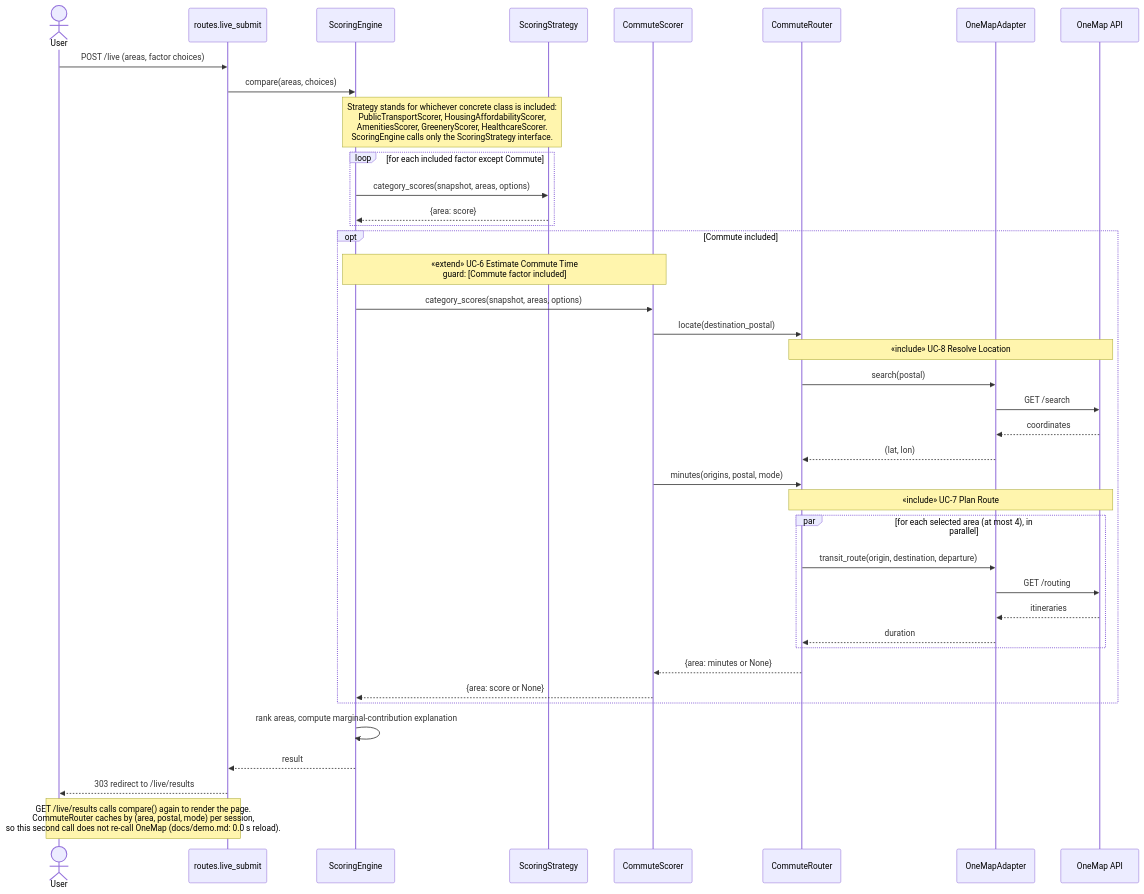
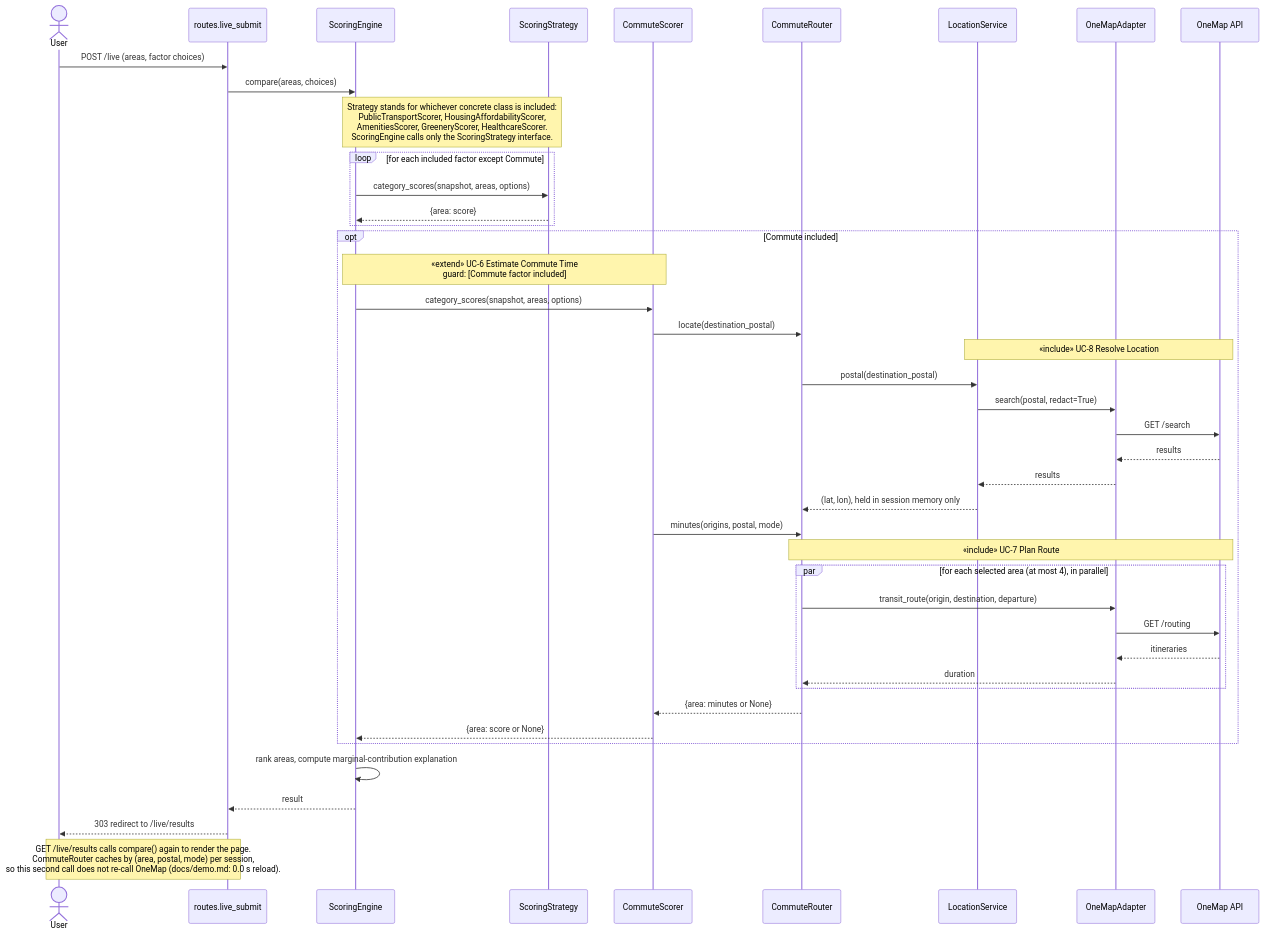
The first of 3 diagrams in docs/sequence-diagrams.md (sarthaksinha2201/SC2006_SoftwareEngineering_Project), drawn with Mermaid before and after one commit. The commit also changed other lines of this file and 13 other files, not shown here.

First line of the commit message:
Fix review findings on main: tooltip XSS, Telegram outage crash, diagrams, messages

````diff
--- a/docs/sequence-diagrams.md
+++ b/docs/sequence-diagrams.md
@@ -18,49 +19,52 @@
 ```mermaid
 sequenceDiagram
     actor User
     participant Routes as routes.live_submit
     participant Engine as ScoringEngine
     participant Strategy as ScoringStrategy
     participant Comm as CommuteScorer
     participant Router as CommuteRouter
+    participant Loc as LocationService
     participant OneMap as OneMapAdapter
     participant API as OneMap API
 
     User->>Routes: POST /live (areas, factor choices)
     Routes->>Engine: compare(areas, choices)
 
     Note over Engine,Strategy: Strategy stands for whichever concrete class is included:<br/>PublicTransportScorer, HousingAffordabilityScorer,<br/>AmenitiesScorer, GreeneryScorer, HealthcareScorer.<br/>ScoringEngine calls only the ScoringStrategy interface.
     loop for each included factor except Commute
         Engine->>Strategy: category_scores(snapshot, areas, options)
         Strategy-->>Engine: {area: score}
     end
 
     opt Commute included
         Note over Engine,Comm: «extend» UC-6 Estimate Commute Time<br/>guard: [Commute factor included]
         Engine->>Comm: category_scores(snapshot, areas, options)
 
         Comm->>Router: locate(destination_postal)
-        Note over Router,API: «include» UC-8 Resolve Location
-        Router->>OneMap: search(postal)
+        Note over Loc,API: «include» UC-8 Resolve Location
+        Router->>Loc: postal(destination_postal)
+        Loc->>OneMap: search(postal, redact=True)
         OneMap->>API: GET /search
-        API-->>OneMap: coordinates
-        OneMap-->>Router: (lat, lon)
+        API-->>OneMap: results
+        OneMap-->>Loc: results
+        Loc-->>Router: (lat, lon), held in session memory only
 
         Comm->>Router: minutes(origins, postal, mode)
         Note over Router,API: «include» UC-7 Plan Route
         par for each selected area (at most 4), in parallel
             Router->>OneMap: transit_route(origin, destination, departure)
             OneMap->>API: GET /routing
             API-->>OneMap: itineraries
             OneMap-->>Router: duration
         end
         Router-->>Comm: {area: minutes or None}
         Comm-->>Engine: {area: score or None}
     end
 
     Engine->>Engine: rank areas, compute marginal-contribution explanation
     Engine-->>Routes: result
     Routes-->>User: 303 redirect to /live/results
 
     Note over User,Routes: GET /live/results calls compare() again to render the page.<br/>CommuteRouter caches by (area, postal, mode) per session,<br/>so this second call does not re-call OneMap (docs/demo.md: 0.0 s reload).
 ```
````
